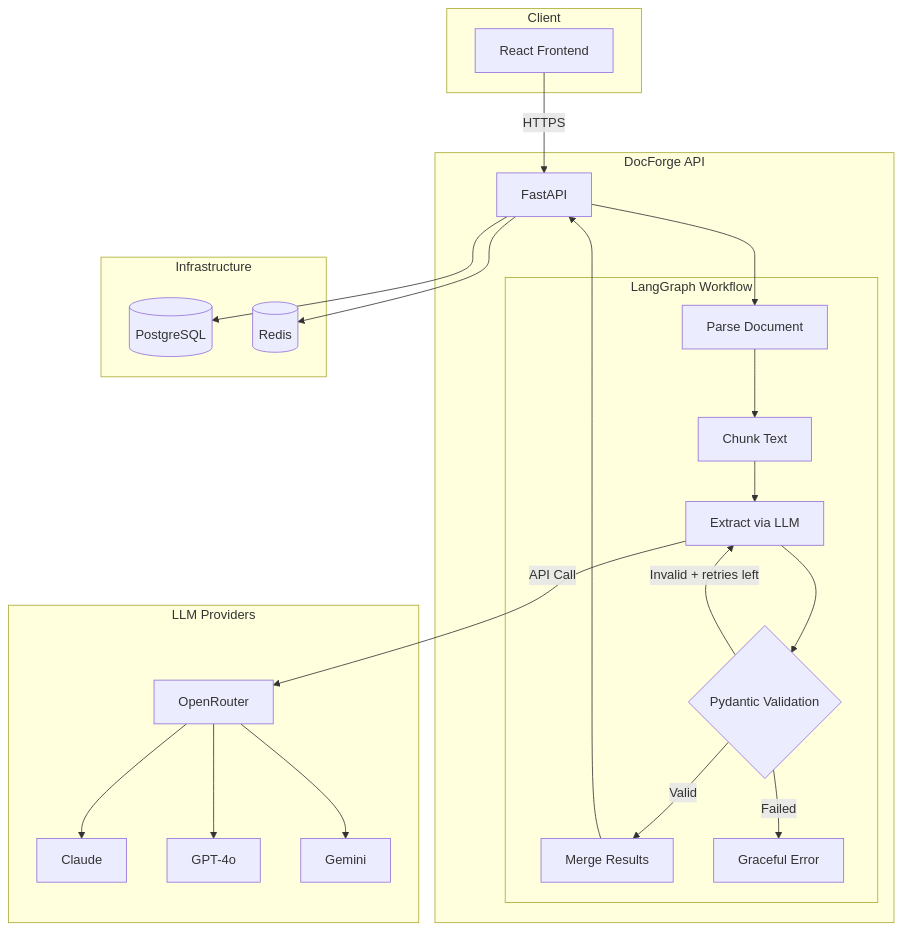
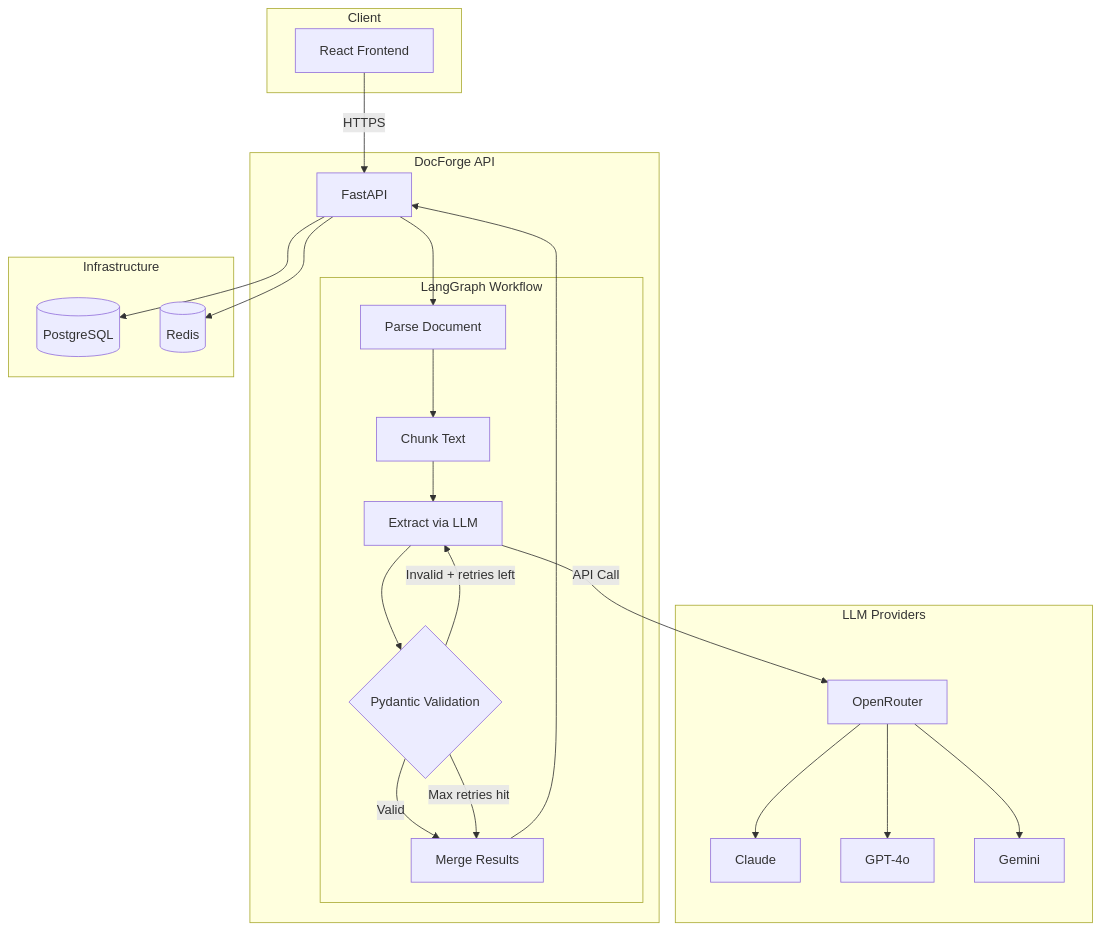
The diagram in README.md (niXtou/docforge), drawn with Mermaid before and after one commit. The commit also changed other lines of this file, not shown here.

````diff
--- a/README.md
+++ b/README.md
@@ -45,37 +49,37 @@
 ```mermaid
 graph TB
     subgraph Client
         UI[React Frontend]
     end
 
     subgraph DocForge API
         API[FastAPI]
         subgraph LangGraph Workflow
             Parse[Parse Document] --> Chunk[Chunk Text]
             Chunk --> Extract[Extract via LLM]
             Extract --> Validate{Pydantic Validation}
             Validate -->|Valid| Merge[Merge Results]
             Validate -->|Invalid + retries left| Extract
-            Validate -->|Failed| Error[Graceful Error]
+            Validate -->|Max retries hit| Merge
         end
         API --> Parse
         Merge --> API
     end
 
     subgraph Infrastructure
         PG[(PostgreSQL)]
         RD[(Redis)]
     end
 
     subgraph LLM Providers
         OR[OpenRouter]
         OR --> Claude[Claude]
         OR --> GPT[GPT-4o]
         OR --> Gemini[Gemini]
     end
 
     UI -->|HTTPS| API
     API --> PG
     API --> RD
     Extract -->|API Call| OR
 ```
````
